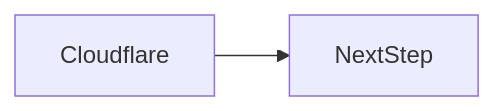
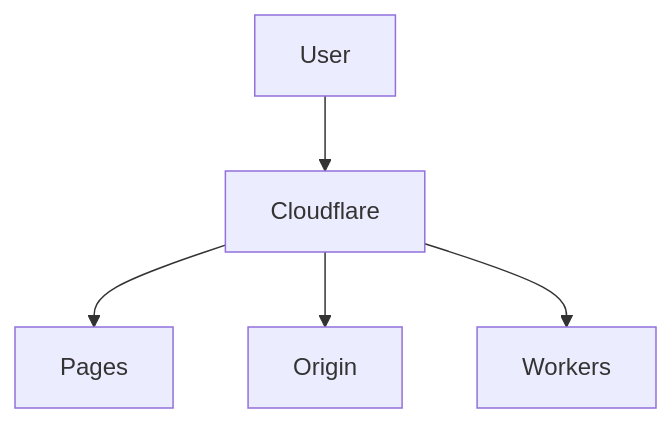
Before and after one commit to OmidJavaherii/Frontend-Engineering-Handbook: the second of 2 diagrams in docs/en/19-deployment/cloudflare/index.md, drawn with Mermaid. The commit also changed other lines of this file and 461 other files, not shown here.

````diff
--- a/docs/en/19-deployment/cloudflare/index.md
+++ b/docs/en/19-deployment/cloudflare/index.md
@@ -95,4 +115,7 @@
 ```mermaid
-flowchart LR
-  concept[Cloudflare] --> nextStep[NextStep]
+flowchart TD
+  User --> CF[Cloudflare]
+  CF --> Pages
+  CF --> Origin
+  CF --> Workers
 ```
````
